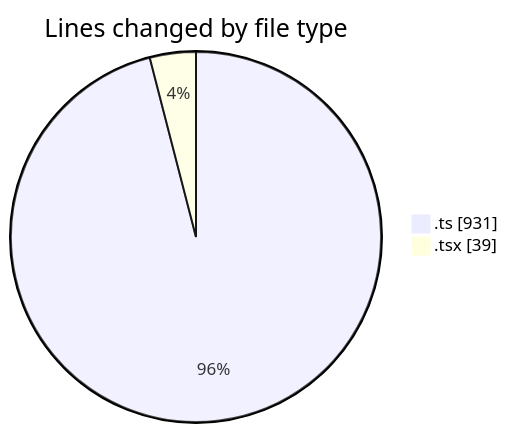
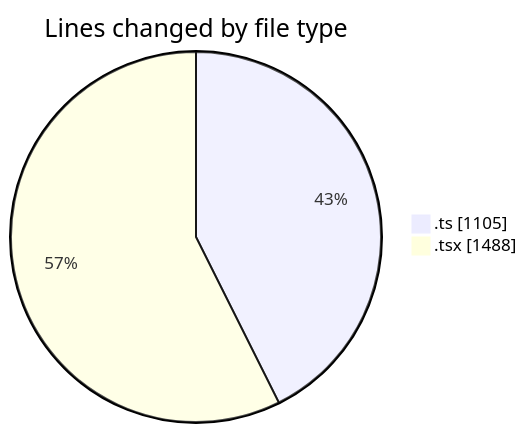
The first of 2 diagrams in 2026-10-01/cda/README.md (momahboobian/code-tracking), drawn with Mermaid before and after one commit. The commit also changed other lines of this file and 1 other file, not shown here.

````diff
--- a/2026-10-01/cda/README.md
+++ b/2026-10-01/cda/README.md
@@ -21,6 +24,6 @@
 ```mermaid
 pie showData
 title Lines changed by file type
-".ts" : 931
-".tsx" : 39
+".ts" : 1105
+".tsx" : 1488
 ```
````
